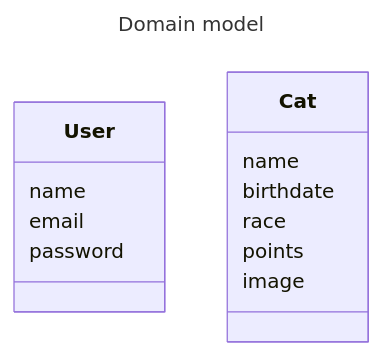
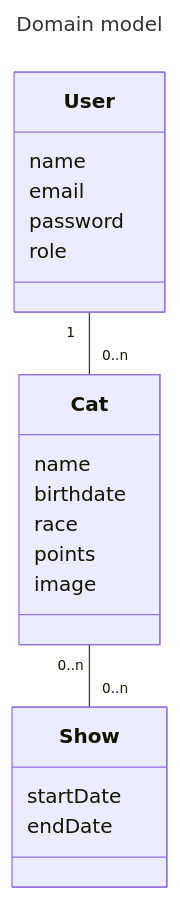
One commit to zealand-cs/Racekatteklubben changed the diagram in diagrams/DomainModel.md. Above: the diagram before and after it, drawn with Mermaid. The commit also changed 2 other files, not shown here.

Commit message:
SystemSequenceDiagrams.md added

````diff
--- a/diagrams/DomainModel.md
+++ b/diagrams/DomainModel.md
@@ -3,21 +3,28 @@
 ```mermaid
 ---
 title: Domain model
 ---
 classDiagram
     class User {
         name
         email
         password
+        role
     }
     
     class Cat { 
         name
         birthdate
         race
         points
         image
     }
     
+    class Show {
+        startDate
+        endDate
+    }
     
+    User "1" -- "0..n" Cat
+    Cat "0..n" -- "0..n" Show
 ```
````
